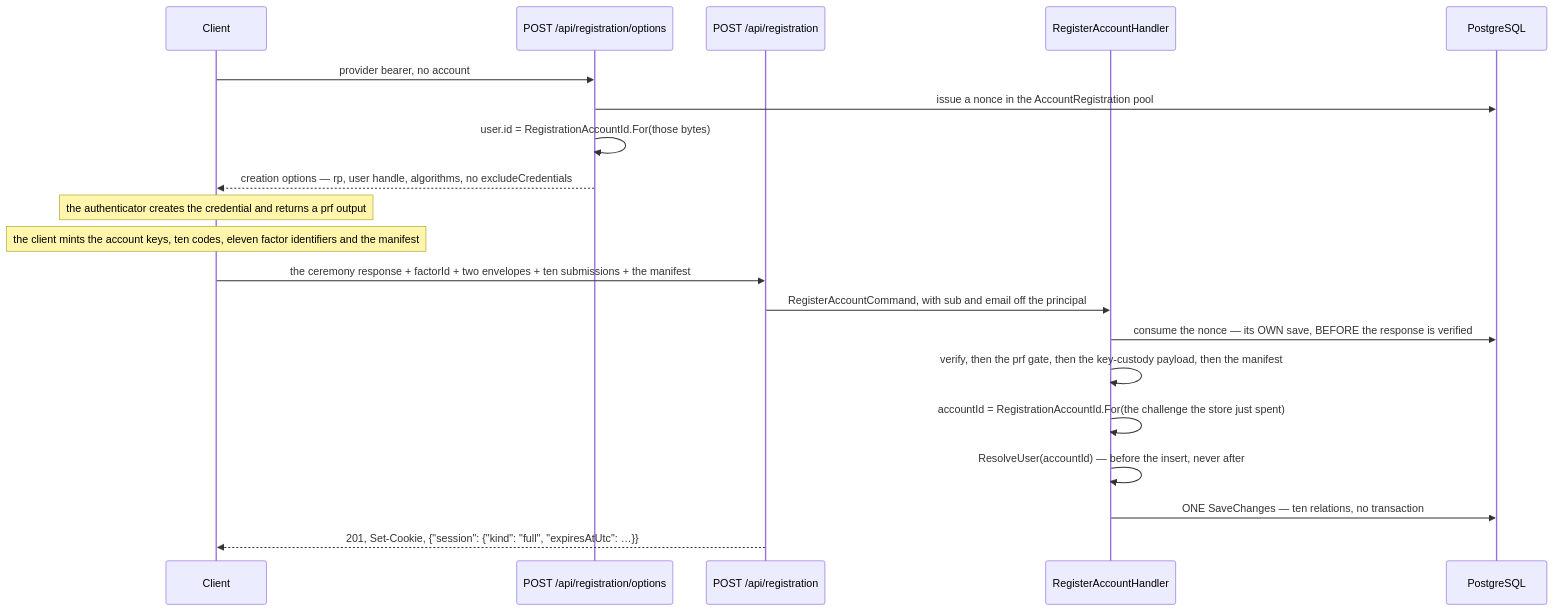
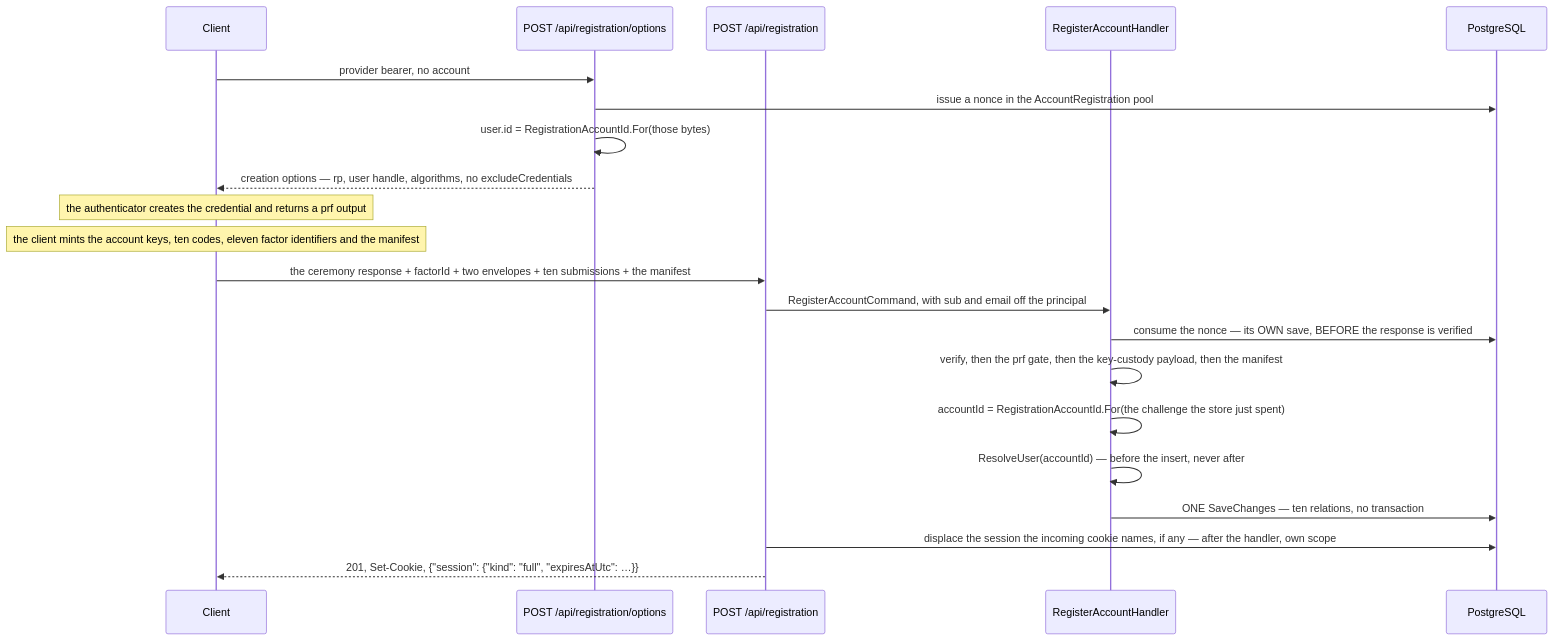
The third of 3 diagrams in docs/business-logic/registration.md (anton-kochev/budgetoid), drawn with Mermaid before and after one commit. The commit also changed other lines of this file and 40 other files, not shown here.

````diff
--- a/docs/business-logic/registration.md
+++ b/docs/business-logic/registration.md
@@ -815,23 +832,24 @@
 ```mermaid
 sequenceDiagram
     participant C as Client
     participant O as POST /api/registration/options
     participant A as POST /api/registration
     participant H as RegisterAccountHandler
     participant D as PostgreSQL
 
     C->>O: provider bearer, no account
     O->>D: issue a nonce in the AccountRegistration pool
     O->>O: user.id = RegistrationAccountId.For(those bytes)
     O-->>C: creation options — rp, user handle, algorithms, no excludeCredentials
     Note over C: the authenticator creates the credential and returns a prf output
     Note over C: the client mints the account keys, ten codes, eleven factor identifiers and the manifest
     C->>A: the ceremony response + factorId + two envelopes + ten submissions + the manifest
     A->>H: RegisterAccountCommand, with sub and email off the principal
     H->>D: consume the nonce — its OWN save, BEFORE the response is verified
     H->>H: verify, then the prf gate, then the key-custody payload, then the manifest
     H->>H: accountId = RegistrationAccountId.For(the challenge the store just spent)
     H->>H: ResolveUser(accountId) — before the insert, never after
     H->>D: ONE SaveChanges — ten relations, no transaction
+    A->>D: displace the session the incoming cookie names, if any — after the handler, own scope
     A-->>C: 201, Set-Cookie, {"session": {"kind": "full", "expiresAtUtc": …}}
 ```
````
